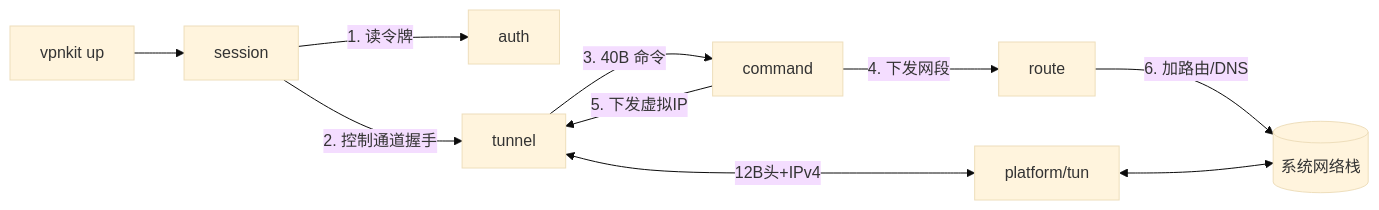
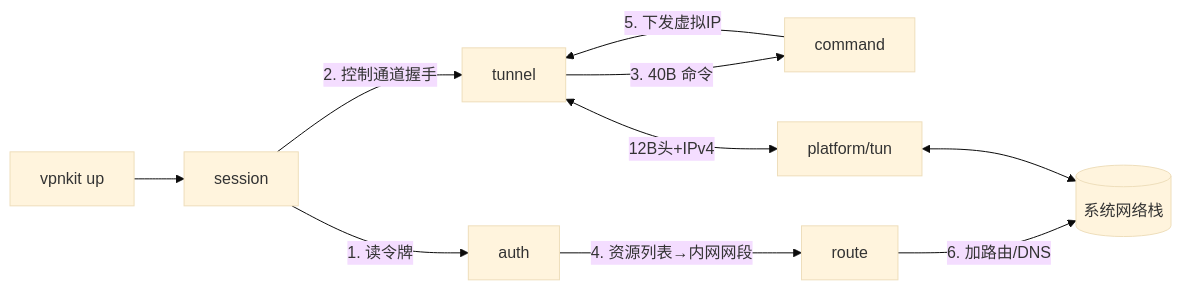
Before and after one commit to Sh-Fang/vpnkit: the first of 2 diagrams in docs/01-architecture.md, drawn with Mermaid (base theme). The commit also changed other lines of this file and 11 other files, not shown here.

````diff
--- a/docs/01-architecture.md
+++ b/docs/01-architecture.md
@@ -26,12 +26,12 @@
 ```mermaid
 flowchart LR
   CLI[vpnkit up] --> SES[session]
   SES -->|1. 读令牌| AUTH[auth]
   SES -->|2. 控制通道握手| TUN[tunnel]
   TUN -->|3. 40B 命令| CMD[command]
-  CMD -->|4. 下发网段| RT[route]
+  AUTH -->|4. 资源列表→内网网段| RT[route]
   CMD -->|5. 下发虚拟IP| TUN
   RT -->|6. 加路由/DNS| OS[(系统网络栈)]
   TUN <-->|12B头+IPv4| DEV[platform/tun]
   DEV <--> OS
 ```
````
